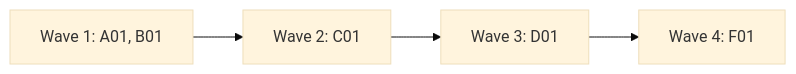
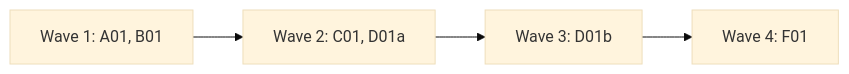
The diagram in docs/plan-0.3.0.md (alfhen/agent-pr-pipeline), drawn with Mermaid (base theme) before and after one commit. The commit also changed other lines of this file, not shown here.

````diff
--- a/docs/plan-0.3.0.md
+++ b/docs/plan-0.3.0.md
@@ -47,4 +47,4 @@
 ```mermaid
 flowchart LR
-  W1[Wave 1: A01, B01] --> W2[Wave 2: C01] --> W3[Wave 3: D01] --> W4[Wave 4: F01]
+  W1[Wave 1: A01, B01] --> W2[Wave 2: C01, D01a] --> W3[Wave 3: D01b] --> W4[Wave 4: F01]
 ```
````
